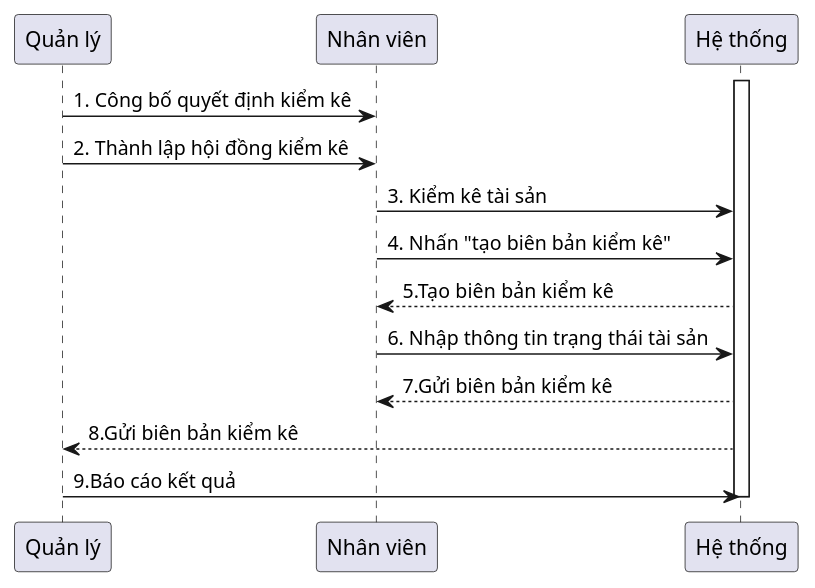
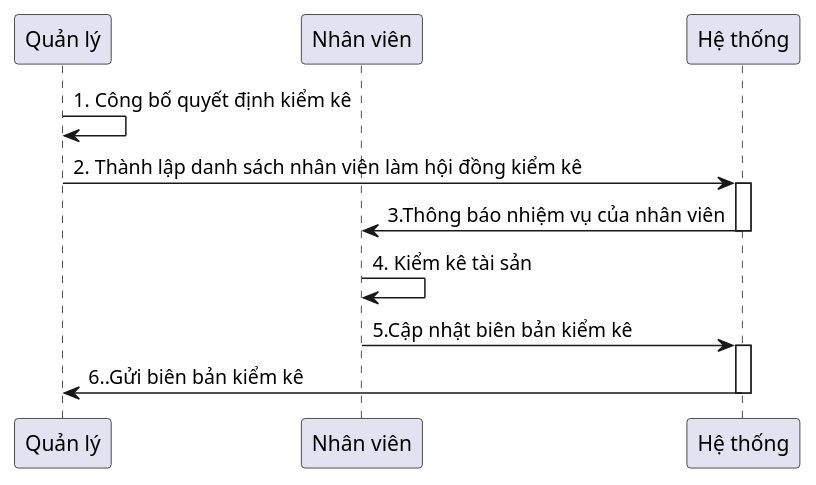
The diagram in Lab1/Lab1.2/Sequence Diagram/Kiểm kê tài sản.plantuml (QuickyBooster/SE357-Pratice-class), drawn with PlantUML before and after one commit. The commit also changed 11 other files, not shown here.

```diff
--- a/Lab1/Lab1.2/Sequence Diagram/Kiểm kê tài sản.plantuml
+++ b/Lab1/Lab1.2/Sequence Diagram/Kiểm kê tài sản.plantuml
@@ -1,20 +1,22 @@
 @startuml
 
 participant "Quản lý"
 participant "Nhân viên"
 participant "Hệ thống" as System
 
 
+"Quản lý" -> "Quản lý": 1. Công bố quyết định kiểm kê
+
+"Quản lý"-> System: 2. Thành lập danh sách nhân viên làm hội đồng kiểm kê
 activate System
-"Quản lý" -> "Nhân viên": 1. Công bố quyết định kiểm kê
-"Quản lý" -> "Nhân viên": 2. Thành lập hội đồng kiểm kê
-"Nhân viên" -> System: 3. Kiểm kê tài sản
-"Nhân viên" -> System: 4. Nhấn "tạo biên bản kiểm kê"
-System --> "Nhân viên": 5.Tạo biên bản kiểm kê
-"Nhân viên" -> System: 6. Nhập thông tin trạng thái tài sản
-System --> "Nhân viên": 7.Gửi biên bản kiểm kê
-System --> "Quản lý": 8.Gửi biên bản kiểm kê
-"Quản lý" -> System: 9.Báo cáo kết quả
+System -> "Nhân viên": 3.Thông báo nhiệm vụ của nhân viên
+deactivate System
+"Nhân viên" -> "Nhân viên": 4. Kiểm kê tài sản
+
+"Nhân viên" -> "System": 5.Cập nhật biên bản kiểm kê
+activate System
+
+System -> "Quản lý": 6..Gửi biên bản kiểm kê
 
 deactivate System
 @enduml
```
